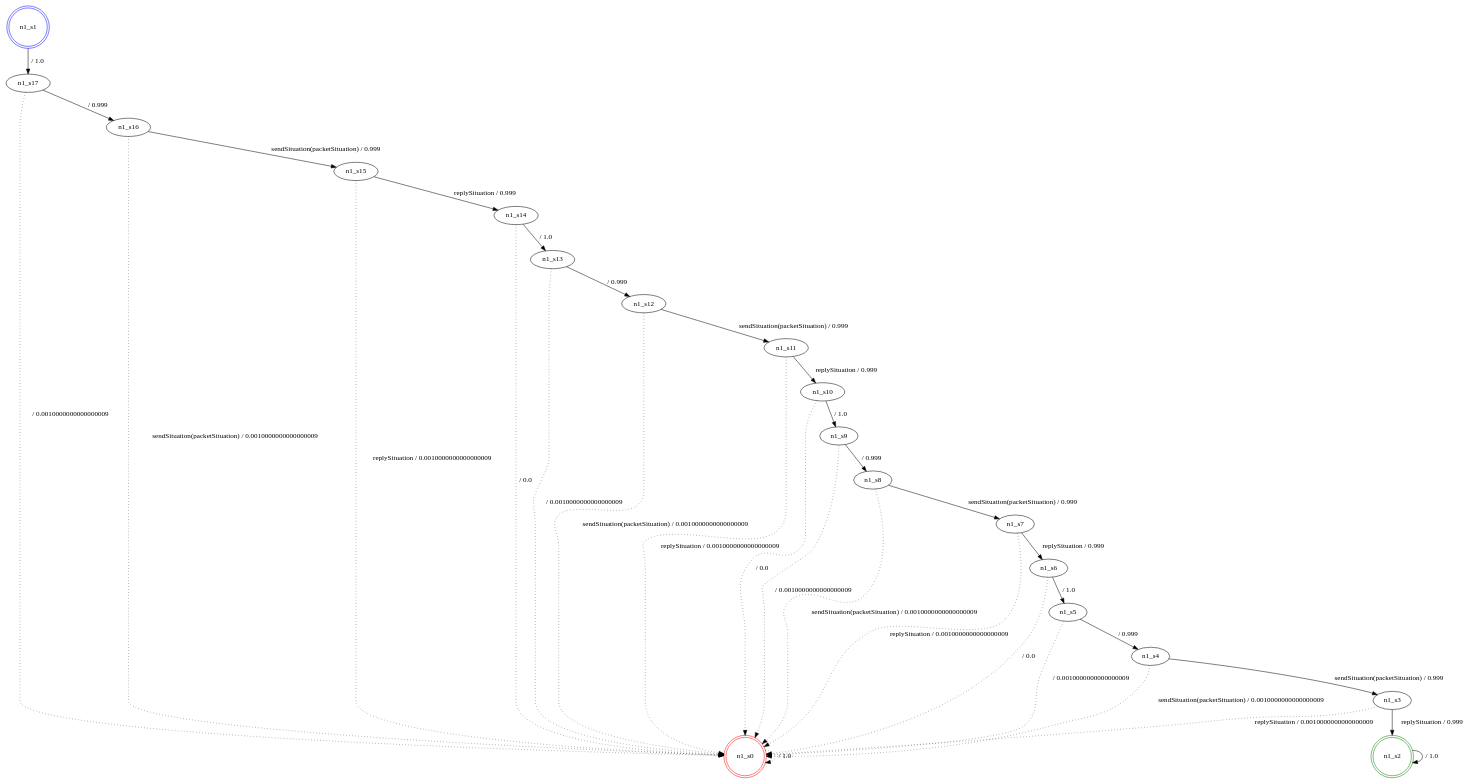
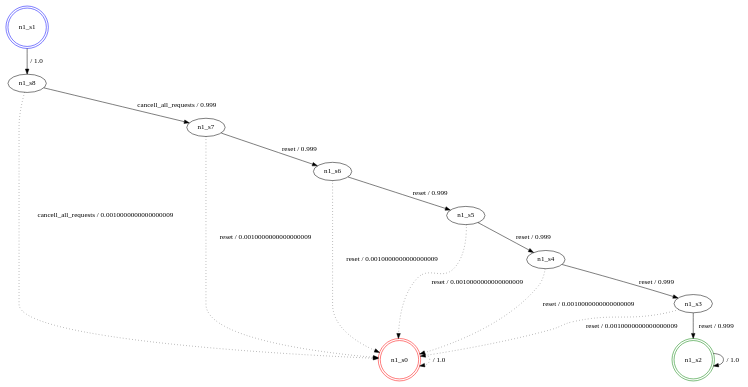
The diagram in src/generatedModels/fdtmc_n1.dot (SPLMC/spl-generator), drawn with Graphviz before and after one commit. The commit also changed 43 other files, not shown here.

```diff
--- a/src/generatedModels/fdtmc_n1.dot
+++ b/src/generatedModels/fdtmc_n1.dot
@@ -1,53 +1,26 @@
 digraph graphname {
 n1_s0 [label="n1_s0",color=red,shape=doublecircle ];
 n1_s1 [label="n1_s1",color=blue,shape=doublecircle ];
 n1_s2 [label="n1_s2",color=green,shape=doublecircle ];
 n1_s3 [label="n1_s3" ];
 n1_s4 [label="n1_s4" ];
 n1_s5 [label="n1_s5" ];
 n1_s6 [label="n1_s6" ];
 n1_s7 [label="n1_s7" ];
 n1_s8 [label="n1_s8" ];
-n1_s9 [label="n1_s9" ];
-n1_s10 [label="n1_s10" ];
-n1_s11 [label="n1_s11" ];
-n1_s12 [label="n1_s12" ];
-n1_s13 [label="n1_s13" ];
-n1_s14 [label="n1_s14" ];
-n1_s15 [label="n1_s15" ];
-n1_s16 [label="n1_s16" ];
-n1_s17 [label="n1_s17" ];
 n1_s0 -> n1_s0 [label=" / 1.0", style=dotted];
-n1_s1 -> n1_s17 [label=" / 1.0"];
+n1_s1 -> n1_s8 [label=" / 1.0"];
 n1_s2 -> n1_s2 [label=" / 1.0"];
-n1_s3 -> n1_s2 [label="replySituation / 0.999"];
-n1_s3 -> n1_s0 [label="replySituation / 0.0010000000000000009", style=dotted];
-n1_s4 -> n1_s3 [label="sendSituation(packetSituation) / 0.999"];
-n1_s4 -> n1_s0 [label="sendSituation(packetSituation) / 0.0010000000000000009", style=dotted];
-n1_s5 -> n1_s4 [label=" / 0.999"];
-n1_s5 -> n1_s0 [label=" / 0.0010000000000000009", style=dotted];
-n1_s6 -> n1_s5 [label=" / 1.0"];
-n1_s6 -> n1_s0 [label=" / 0.0", style=dotted];
-n1_s7 -> n1_s6 [label="replySituation / 0.999"];
-n1_s7 -> n1_s0 [label="replySituation / 0.0010000000000000009", style=dotted];
-n1_s8 -> n1_s7 [label="sendSituation(packetSituation) / 0.999"];
-n1_s8 -> n1_s0 [label="sendSituation(packetSituation) / 0.0010000000000000009", style=dotted];
-n1_s9 -> n1_s8 [label=" / 0.999"];
-n1_s9 -> n1_s0 [label=" / 0.0010000000000000009", style=dotted];
-n1_s10 -> n1_s9 [label=" / 1.0"];
-n1_s10 -> n1_s0 [label=" / 0.0", style=dotted];
-n1_s11 -> n1_s10 [label="replySituation / 0.999"];
-n1_s11 -> n1_s0 [label="replySituation / 0.0010000000000000009", style=dotted];
-n1_s12 -> n1_s11 [label="sendSituation(packetSituation) / 0.999"];
-n1_s12 -> n1_s0 [label="sendSituation(packetSituation) / 0.0010000000000000009", style=dotted];
-n1_s13 -> n1_s12 [label=" / 0.999"];
-n1_s13 -> n1_s0 [label=" / 0.0010000000000000009", style=dotted];
-n1_s14 -> n1_s13 [label=" / 1.0"];
-n1_s14 -> n1_s0 [label=" / 0.0", style=dotted];
-n1_s15 -> n1_s14 [label="replySituation / 0.999"];
-n1_s15 -> n1_s0 [label="replySituation / 0.0010000000000000009", style=dotted];
-n1_s16 -> n1_s15 [label="sendSituation(packetSituation) / 0.999"];
-n1_s16 -> n1_s0 [label="sendSituation(packetSituation) / 0.0010000000000000009", style=dotted];
-n1_s17 -> n1_s16 [label=" / 0.999"];
-n1_s17 -> n1_s0 [label=" / 0.0010000000000000009", style=dotted];
+n1_s3 -> n1_s2 [label="reset / 0.999"];
+n1_s3 -> n1_s0 [label="reset / 0.0010000000000000009", style=dotted];
+n1_s4 -> n1_s3 [label="reset / 0.999"];
+n1_s4 -> n1_s0 [label="reset / 0.0010000000000000009", style=dotted];
+n1_s5 -> n1_s4 [label="reset / 0.999"];
+n1_s5 -> n1_s0 [label="reset / 0.0010000000000000009", style=dotted];
+n1_s6 -> n1_s5 [label="reset / 0.999"];
+n1_s6 -> n1_s0 [label="reset / 0.0010000000000000009", style=dotted];
+n1_s7 -> n1_s6 [label="reset / 0.999"];
+n1_s7 -> n1_s0 [label="reset / 0.0010000000000000009", style=dotted];
+n1_s8 -> n1_s7 [label="cancell_all_requests / 0.999"];
+n1_s8 -> n1_s0 [label="cancell_all_requests / 0.0010000000000000009", style=dotted];
 }
```
